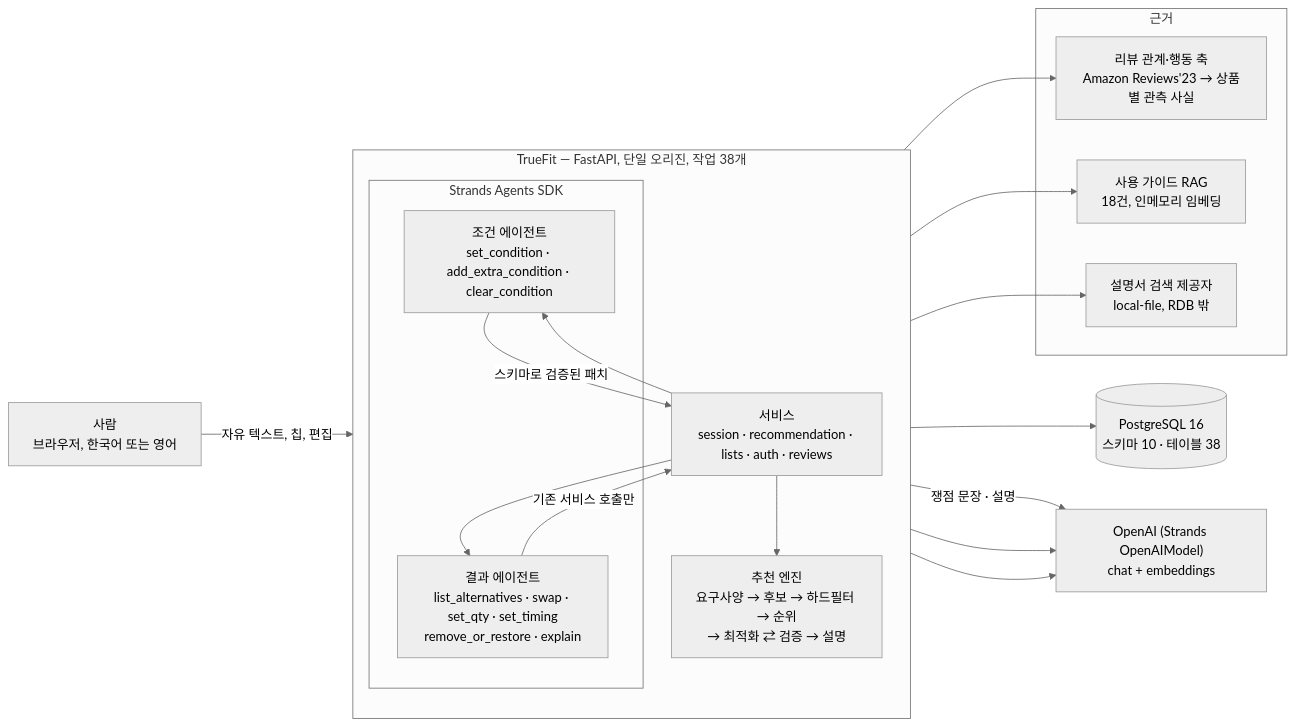
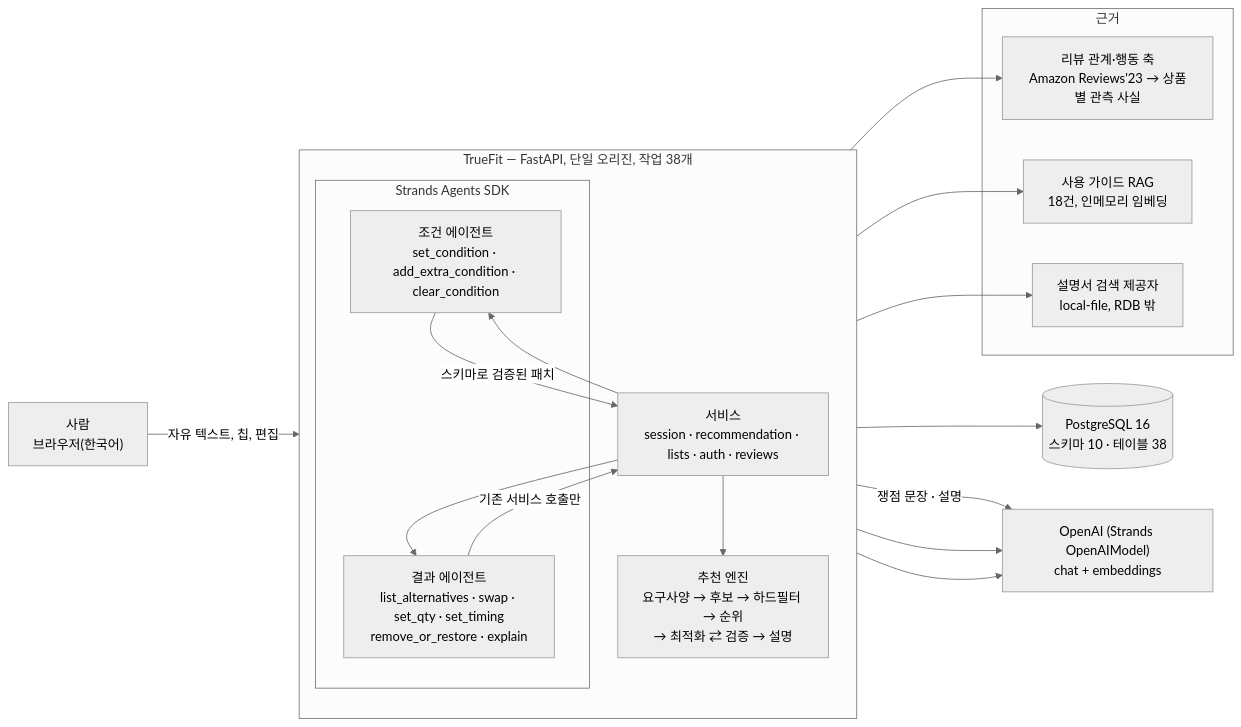
The diagram in README.ko.md (greenmdw/skn_final), drawn with Mermaid (neutral theme) before and after one commit. The commit also changed other lines of this file and 50 other files, not shown here.

````diff
--- a/README.ko.md
+++ b/README.ko.md
@@ -87,33 +87,33 @@
 ```mermaid
 flowchart LR
-  U["사람<br/>브라우저, 한국어 또는 영어"]
+  U["사람<br/>브라우저(한국어)"]
   subgraph App["TrueFit — FastAPI, 단일 오리진, 작업 38개"]
     direction TB
     SVC["서비스<br/>session · recommendation · lists · auth · reviews"]
     subgraph Strands["Strands Agents SDK"]
       CA["조건 에이전트<br/>set_condition · add_extra_condition · clear_condition"]
       RA["결과 에이전트<br/>list_alternatives · swap · set_qty · set_timing<br/>remove_or_restore · explain"]
     end
     ENG["추천 엔진<br/>요구사양 → 후보 → 하드필터 → 순위<br/>→ 최적화 ⇄ 검증 → 설명"]
   end
   subgraph Ev["근거"]
     RX["리뷰 관계·행동 축<br/>Amazon Reviews'23 → 상품별 관측 사실"]
     CG["사용 가이드 RAG<br/>18건, 인메모리 임베딩"]
     MR["설명서 검색 제공자<br/>local-file, RDB 밖"]
   end
   DB[("PostgreSQL 16<br/>스키마 10 · 테이블 38")]
   LLM["OpenAI (Strands OpenAIModel)<br/>chat + embeddings"]
   U -- "자유 텍스트, 칩, 편집" --> SVC
   SVC --> CA
   SVC --> RA
   SVC --> ENG
   CA -- "스키마로 검증된 패치" --> SVC
   RA -- "기존 서비스 호출만" --> SVC
   ENG --> RX
   ENG --> CG
   ENG --> MR
   ENG -- "쟁점 문장 · 설명" --> LLM
   CA --> LLM
   RA --> LLM
   SVC --> DB
 ```
````
